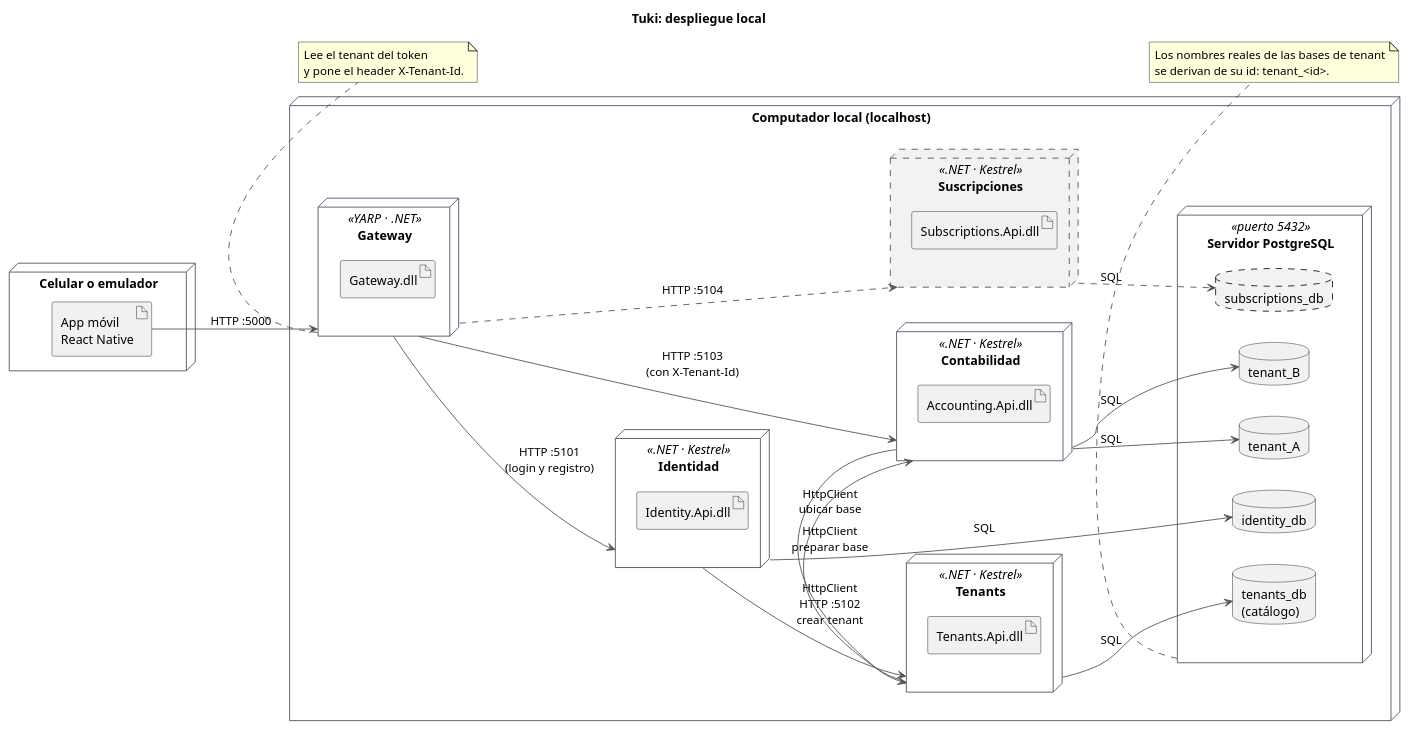
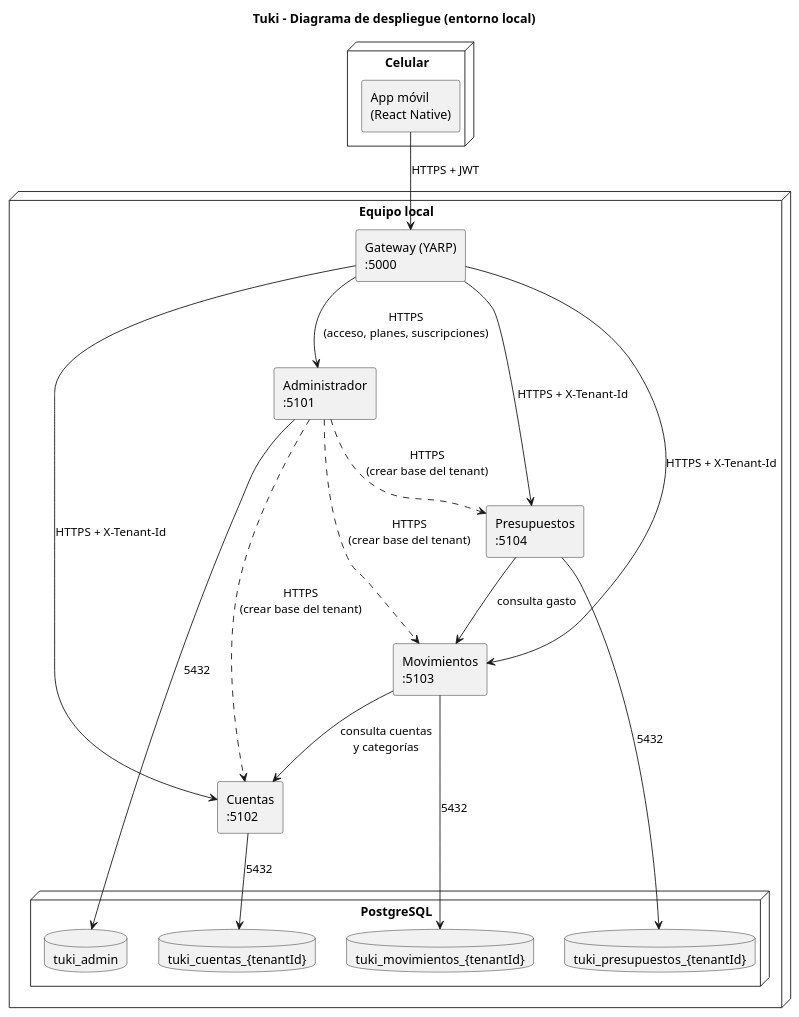
The diagram in docs/diagrams/despliegue.puml (Petra761/Tuki), drawn with PlantUML before and after one commit. The commit also changed 1 other file, not shown here.

Commit message:
docs: actualizar diagrama de despliegue con administrador y tres servicios de negocio

```diff
--- a/docs/diagrams/despliegue.puml
+++ b/docs/diagrams/despliegue.puml
@@ -1,82 +1,64 @@
 @startuml despliegue
-' docs/diagramas/despliegue.puml
-' Despliegue local del backend: todo corre en una sola máquina, sin Docker, Kubernetes ni nube.
-' Cada servicio es un proceso .NET y todas las bases viven en un mismo servidor PostgreSQL.
-' Las líneas punteadas son piezas que se diseñan pero no se implementan en la beta.
+' Diagrama de despliegue de Tuki en el entorno local (sin Docker, Kubernetes ni nube).
+' Muestra qué se ejecuta, en qué puerto y con qué base de datos habla cada pieza.
 
-title Tuki: despliegue local
+title Tuki – Diagrama de despliegue (entorno local)
 
-left to right direction
 skinparam shadowing false
-skinparam ArrowColor #555555
-skinparam node {
-  BackgroundColor #FFFFFF
-  BorderColor #4A5568
+skinparam componentStyle rectangle
+
+node "Celular" {
+  component "App móvil\n(React Native)" as app
 }
 
-node "Celular o emulador" as celular {
-  artifact "App móvil\nReact Native" as app
-}
+node "Equipo local" {
 
-node "Computador local (localhost)" as pc {
+  ' Único punto de entrada: la app solo conoce al Gateway.
+  component "Gateway (YARP)\n:5000" as gw
 
-  node "Gateway" <<YARP · .NET>> as gw {
-    artifact "Gateway.dll" as gwa
-  }
+  ' Administrador: usuarios, tenants, planes y suscripciones.
+  component "Administrador\n:5101" as admin
 
-  node "Identidad" <<.NET · Kestrel>> as identidad {
-    artifact "Identity.Api.dll" as ida
-  }
+  ' Servicios de negocio: cada uno trabaja con la base del tenant de la petición.
+  component "Cuentas\n:5102" as cuentas
+  component "Movimientos\n:5103" as mov
+  component "Presupuestos\n:5104" as pres
 
-  node "Tenants" <<.NET · Kestrel>> as tenants {
-    artifact "Tenants.Api.dll" as tena
-  }
+  node "PostgreSQL" {
+    ' Una sola base global para el administrador.
+    database "tuki_admin" as dbadmin
 
-  node "Contabilidad" <<.NET · Kestrel>> as contab {
-    artifact "Accounting.Api.dll" as cona
-  }
-
-  node "Suscripciones" <<.NET · Kestrel>> as subs #F2F2F2;line.dashed {
-    artifact "Subscriptions.Api.dll" as suba
-  }
-
-  node "Servidor PostgreSQL" <<puerto 5432>> as pg {
-    database "identity_db" as idb
-    database "tenants_db\n(catálogo)" as tdb
-    database "tenant_A" as ta
-    database "tenant_B" as tb
-    database "subscriptions_db" as sdb #F2F2F2;line.dashed
+    ' Estas tres se crean una vez por cada tenant (ej. tuki_cuentas_12).
+    database "tuki_cuentas_{tenantId}" as dbcuentas
+    database "tuki_movimientos_{tenantId}" as dbmov
+    database "tuki_presupuestos_{tenantId}" as dbpres
   }
 }
 
-' El cliente solo conoce el Gateway
-app --> gw : HTTP :5000
+' Entrada: la app habla solo con el Gateway.
+app --> gw : HTTPS + JWT
 
-' El Gateway reparte las peticiones
-gw --> identidad : HTTP :5101\n(login y registro)
-gw --> contab : HTTP :5103\n(con X-Tenant-Id)
-gw -[dashed]-> subs : HTTP :5104
+' El Gateway reenvía la petición y agrega X-Tenant-Id en las rutas de negocio.
+gw --> admin : HTTPS\n(acceso, planes, suscripciones)
+gw --> cuentas : HTTPS + X-Tenant-Id
+gw --> mov : HTTPS + X-Tenant-Id
+gw --> pres : HTTPS + X-Tenant-Id
 
-' Los servicios se hablan con HttpClient, nunca comparten bases
-identidad --> tenants : HttpClient\nHTTP :5102\ncrear tenant
-tenants --> contab : HttpClient\npreparar base
-contab --> tenants : HttpClient\nubicar base
+' Al registrar un usuario nuevo, el Administrador pide a cada servicio
+' que cree su propia base y aplique sus migraciones.
+admin ..> cuentas : HTTPS\n(crear base del tenant)
+admin ..> mov : HTTPS\n(crear base del tenant)
+admin ..> pres : HTTPS\n(crear base del tenant)
 
-' Cada servicio usa solo su propia base
-identidad --> idb : SQL
-tenants --> tdb : SQL
-contab --> ta : SQL
-contab --> tb : SQL
-subs -[dashed]-> sdb : SQL
+' Entre servicios solo viajan identificadores; los datos se piden por API.
+mov --> cuentas : consulta cuentas\ny categorías
+pres --> mov : consulta gasto
 
-note bottom of gw
-  Lee el tenant del token
-  y pone el header X-Tenant-Id.
-end note
-
-note bottom of pg
-  Los nombres reales de las bases de tenant
-  se derivan de su id: tenant_<id>.
-end note
+' Cada servicio es dueño de su base y ningún otro la toca.
+' Todos se conectan a PostgreSQL por el puerto 5432.
+admin --> dbadmin : 5432
+cuentas --> dbcuentas : 5432
+mov --> dbmov : 5432
+pres --> dbpres : 5432
 
 @enduml
```
